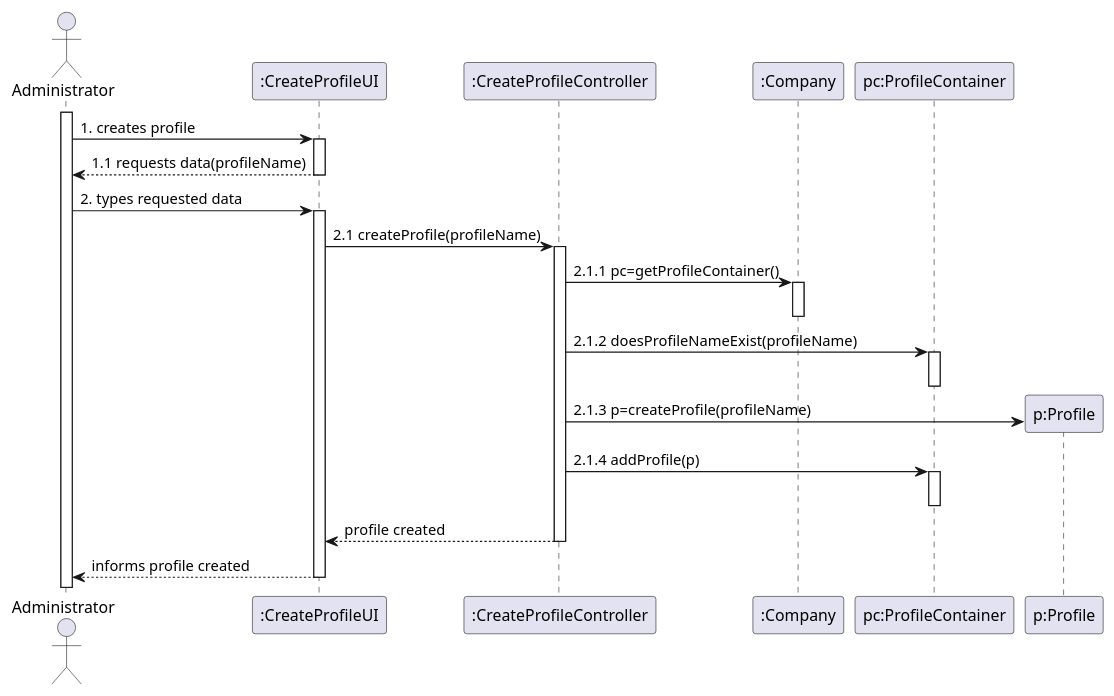
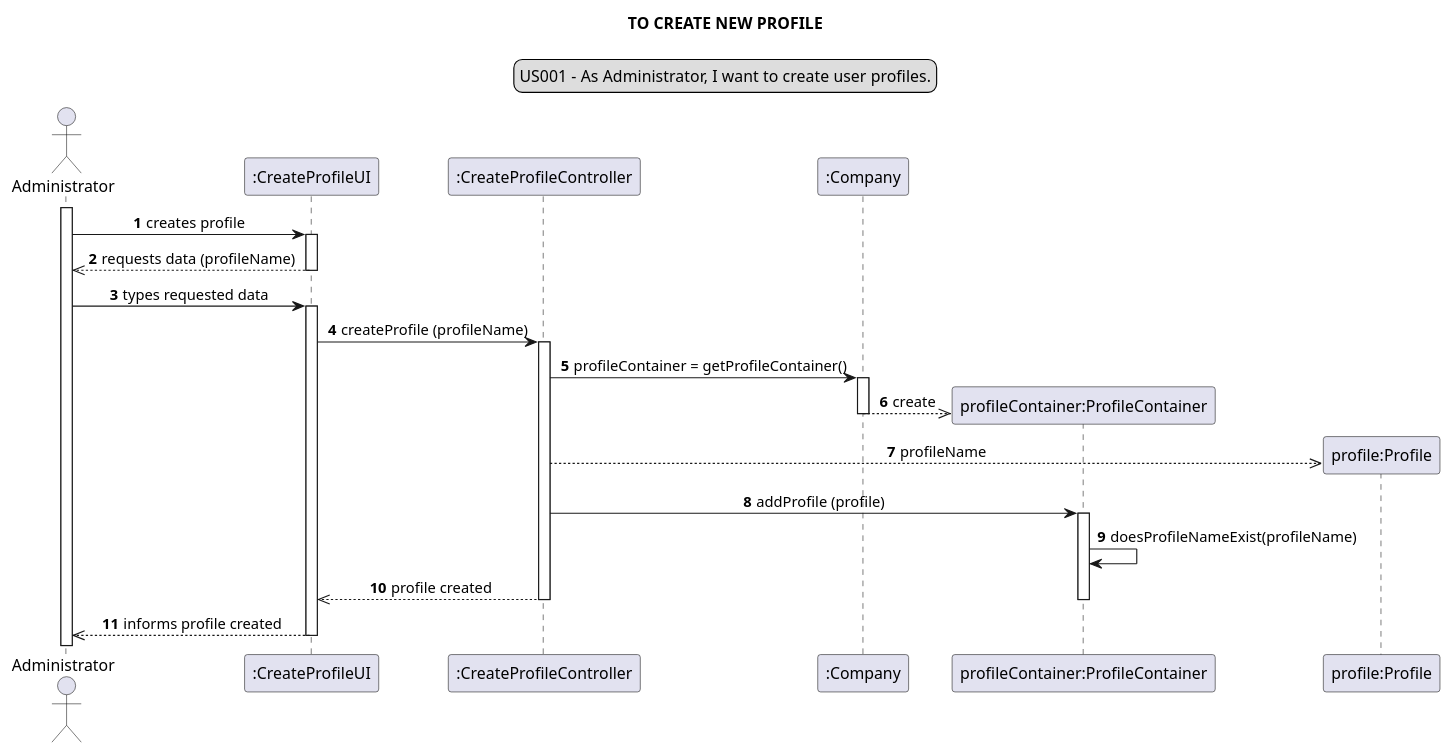
One commit to Loracline/project_switch_22-23 changed the diagram in docs/modelling_design/user_stories/us001/US001_Sequence_Diagram.puml. Above: the diagram before and after it, drawn with PlantUML. The commit also changed 10 other files, not shown here.

Commit message:
US001 - US006 : Design : Updated Sequence Diagram. Refined AccountContainer.java , ChangeStatusController.java, Company.java, CompanyTest.java and ProfileContainer.java.

```diff
--- a/docs/modelling_design/user_stories/us001/US001_Sequence_Diagram.puml
+++ b/docs/modelling_design/user_stories/us001/US001_Sequence_Diagram.puml
@@ -1,36 +1,42 @@
 @startuml
 
+skinparam sequenceMessageAlign center
+title TO CREATE NEW PROFILE
+legend top
+US001 - As Administrator, I want to create user profiles.
+end legend
+autonumber
 actor Administrator
 participant ":CreateProfileUI" as cpu
 participant ":CreateProfileController" as cpc
 participant ":Company" as Company
-participant "pc:ProfileContainer" as ProfileContainer
-participant "p:Profile" as Profile
+participant "profileContainer:ProfileContainer" as ProfileContainer
+participant "profile:Profile" as Profile
 activate Administrator
-Administrator -> cpu: 1. creates profile
+Administrator -> cpu: creates profile
 activate cpu
-cpu --> Administrator: 1.1 requests data(profileName)
+cpu -->> Administrator: requests data (profileName)
 deactivate cpu
-Administrator -> cpu: 2. types requested data
+Administrator -> cpu: types requested data
 activate cpu
-cpu -> cpc: 2.1 createProfile(profileName)
+cpu -> cpc: createProfile (profileName)
 activate cpc
-cpc -> Company: 2.1.1 pc=getProfileContainer()
+cpc -> Company: profileContainer = getProfileContainer()
 activate Company
+create ProfileContainer
+Company -->> ProfileContainer: create
 deactivate Company
-cpc -> ProfileContainer: 2.1.2 doesProfileNameExist(profileName)
+create Profile
+cpc -->> Profile: profileName
+deactivate Profile
+cpc -> ProfileContainer: addProfile (profile)
 activate ProfileContainer
+ProfileContainer -> ProfileContainer: doesProfileNameExist(profileName)
+cpc -->> cpu: profile created
 deactivate ProfileContainer
-create Profile
-cpc -> Profile: 2.1.3 p=createProfile(profileName)
-deactivate Profile
-cpc -> ProfileContainer: 2.1.4 addProfile(p)
-activate ProfileContainer
-deactivate ProfileContainer
-cpc --> cpu: profile created
 deactivate cpc
-cpu --> Administrator: informs profile created
+cpu -->> Administrator: informs profile created
 deactivate cpu
 
 
 @enduml
```
